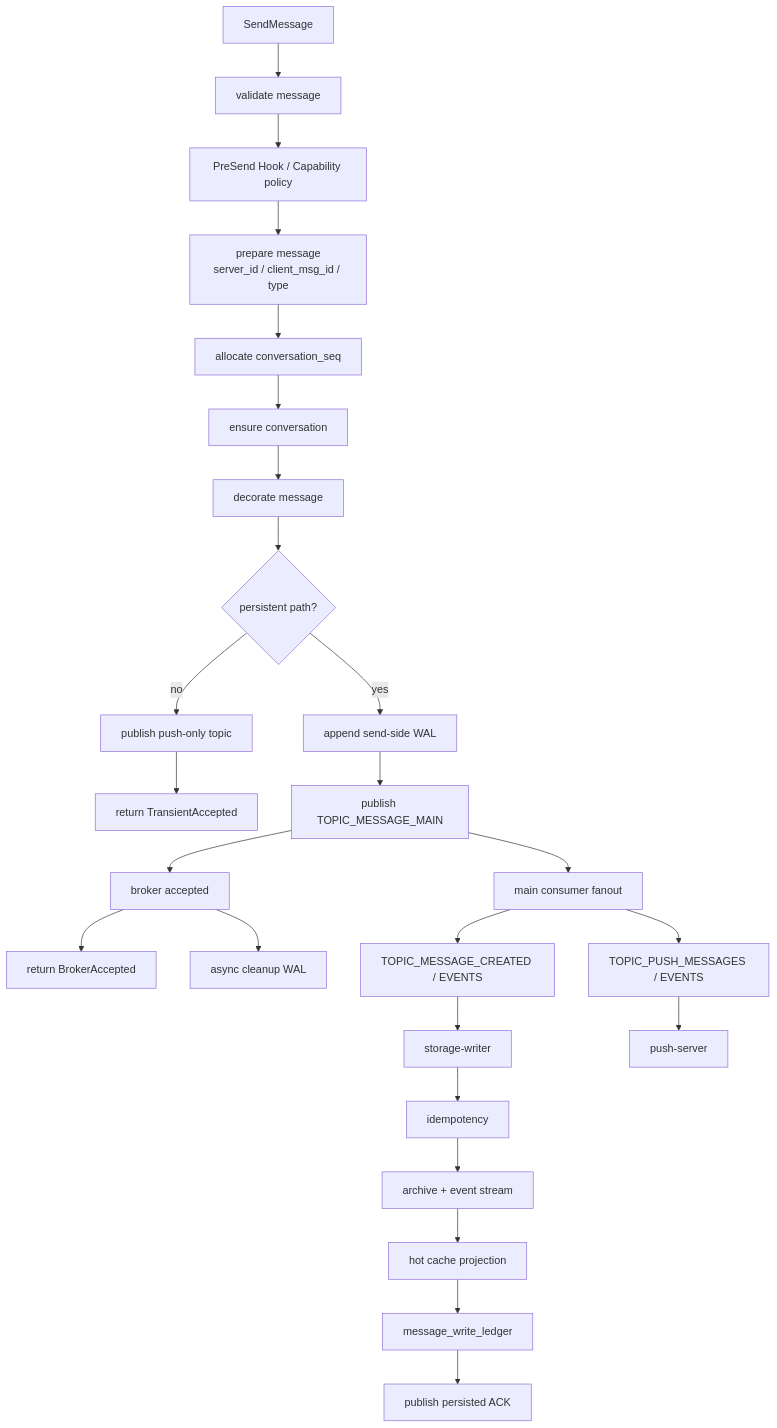
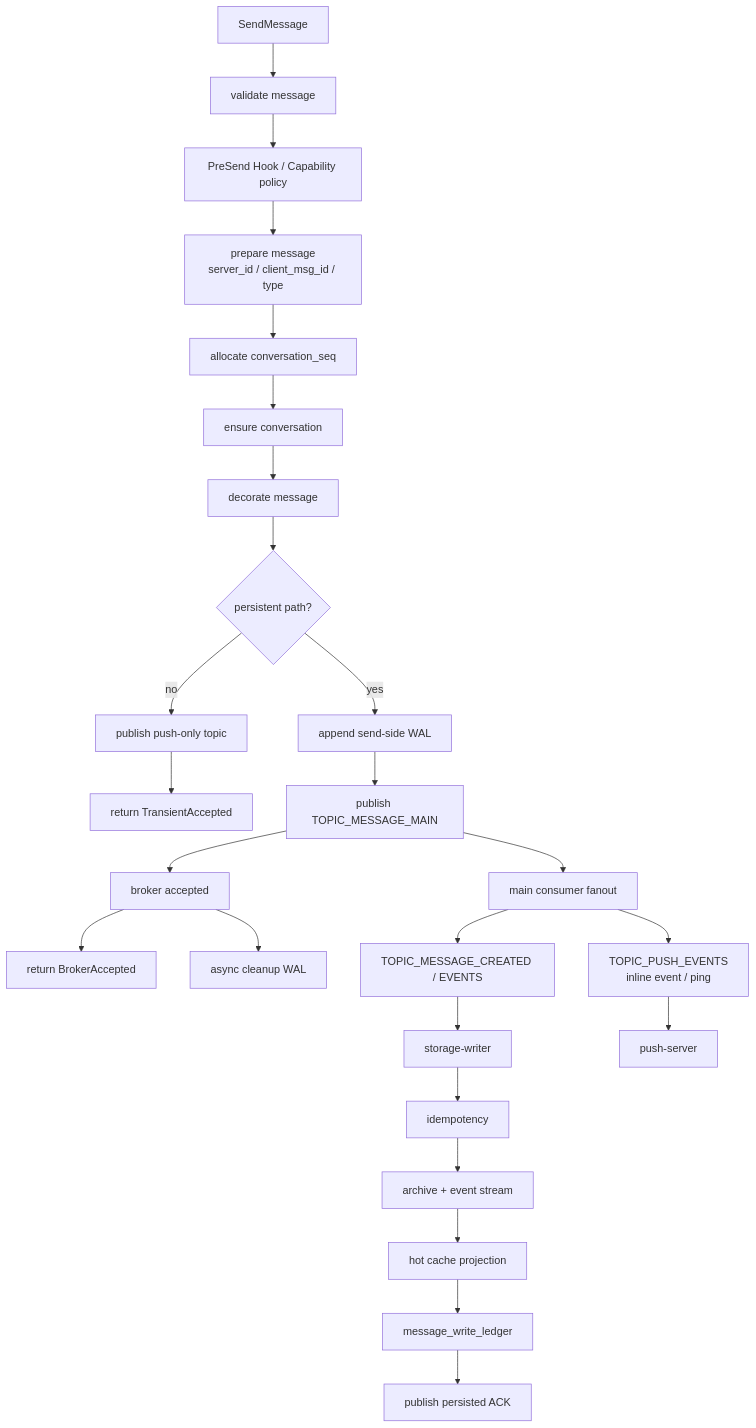
The diagram in docs/02-message-reliability-and-low-latency.md (flare-im/flare-im-core-server), drawn with Mermaid before and after one commit. The commit also changed other lines of this file and 197 other files, not shown here.

````diff
--- a/docs/02-message-reliability-and-low-latency.md
+++ b/docs/02-message-reliability-and-low-latency.md
@@ -17,27 +17,27 @@
 ```mermaid
 flowchart TD
     A["SendMessage"] --> B["validate message"]
     B --> C["PreSend Hook / Capability policy"]
     C --> D["prepare message<br/>server_id / client_msg_id / type"]
     D --> E["allocate conversation_seq"]
     E --> F["ensure conversation"]
     F --> G["decorate message"]
     G --> H{"persistent path?"}
     H -- "no" --> I["publish push-only topic"]
     I --> J["return TransientAccepted"]
     H -- "yes" --> K["append send-side WAL"]
     K --> L["publish TOPIC_MESSAGE_MAIN"]
     L --> M["broker accepted"]
     M --> N["return BrokerAccepted"]
     M --> O["async cleanup WAL"]
     L --> P["main consumer fanout"]
     P --> Q["TOPIC_MESSAGE_CREATED / EVENTS"]
-    P --> R["TOPIC_PUSH_MESSAGES / EVENTS"]
+    P --> R["TOPIC_PUSH_EVENTS<br/>inline event / ping"]
     Q --> S["storage-writer"]
     S --> T["idempotency"]
     T --> U["archive + event stream"]
     U --> V["hot cache projection"]
     V --> W["message_write_ledger"]
     W --> X["publish persisted ACK"]
     R --> Y["push-server"]
 ```
````
